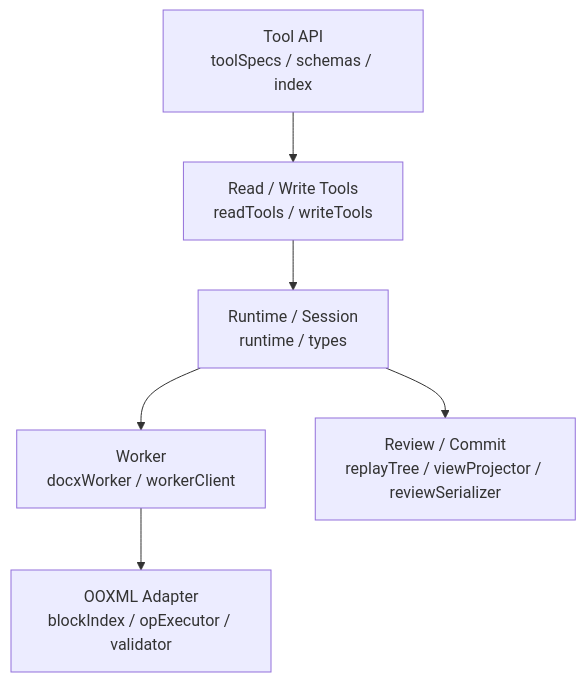
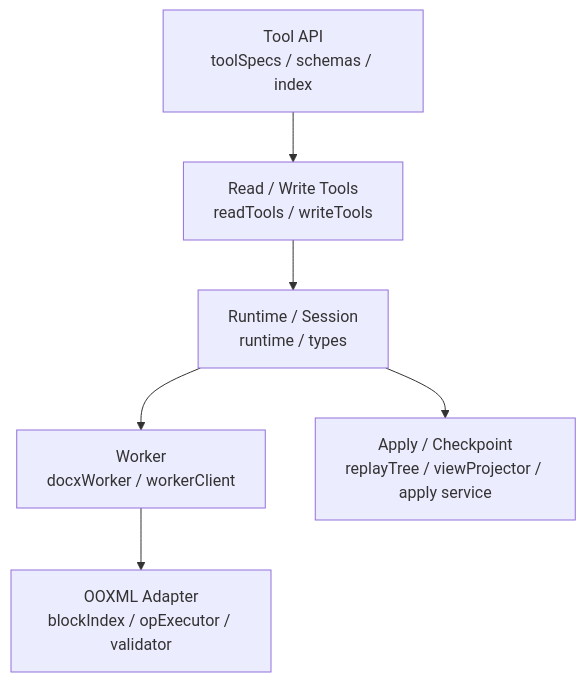
Before and after one commit to Yoan98/Ncurator: the diagram in doc/docx-design/architecture.md, drawn with Mermaid. The commit also changed other lines of this file and 99 other files, not shown here.

First line of the commit message:
refactor: remove deprecated file review service and related tests

````diff
--- a/doc/docx-design/architecture.md
+++ b/doc/docx-design/architecture.md
@@ -25,8 +25,8 @@
 ```mermaid
 flowchart TD
     A["Tool API<br/>toolSpecs / schemas / index"] --> B["Read / Write Tools<br/>readTools / writeTools"]
     B --> C["Runtime / Session<br/>runtime / types"]
     C --> D["Worker<br/>docxWorker / workerClient"]
     D --> E["OOXML Adapter<br/>blockIndex / opExecutor / validator"]
-    C --> F["Review / Commit<br/>replayTree / viewProjector / reviewSerializer"]
+    C --> F["Apply / Checkpoint<br/>replayTree / viewProjector / apply service"]
 ```
````
